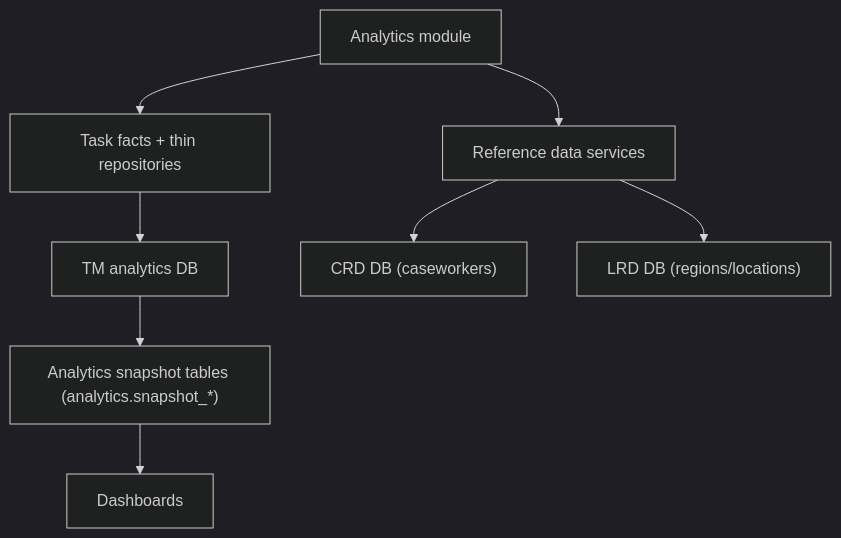
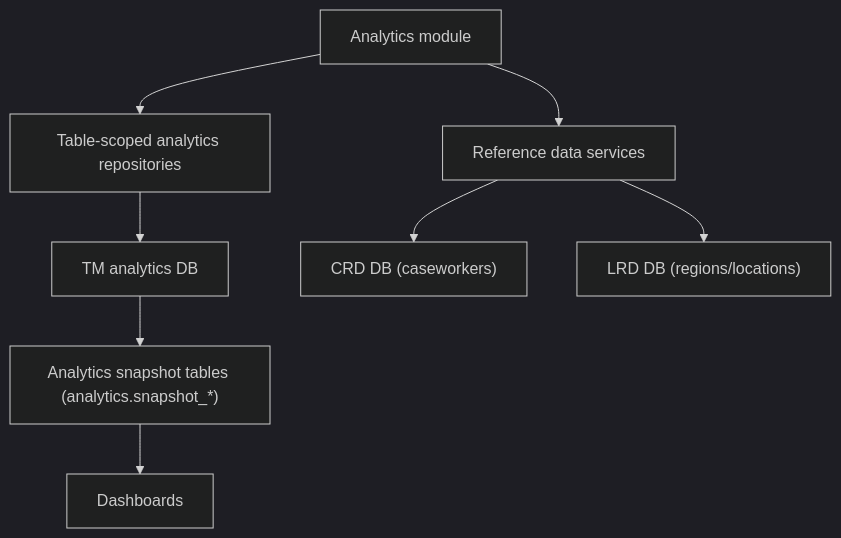
The diagram in docs/technical/data-sources.md (hmcts/wa-reporting-frontend), drawn with Mermaid (dark theme) before and after one commit. The commit also changed other lines of this file and 69 other files, not shown here.

Commit message:
Separate repositories per table (#215)

````diff
--- a/docs/technical/data-sources.md
+++ b/docs/technical/data-sources.md
@@ -32,10 +32,10 @@
 ```mermaid
 flowchart TB
-  App["Analytics module"] --> TMRepo["Task facts + thin repositories"]
+  App["Analytics module"] --> TMRepo["Table-scoped analytics repositories"]
   App --> RefSvc["Reference data services"]
   TMRepo --> TM["TM analytics DB"]
   RefSvc --> CRD["CRD DB (caseworkers)"]
   RefSvc --> LRD["LRD DB (regions/locations)"]
   TM --> Snapshots["Analytics snapshot tables (analytics.snapshot_*)"]
   Snapshots --> Dashboards["Dashboards"]
 ```
````
